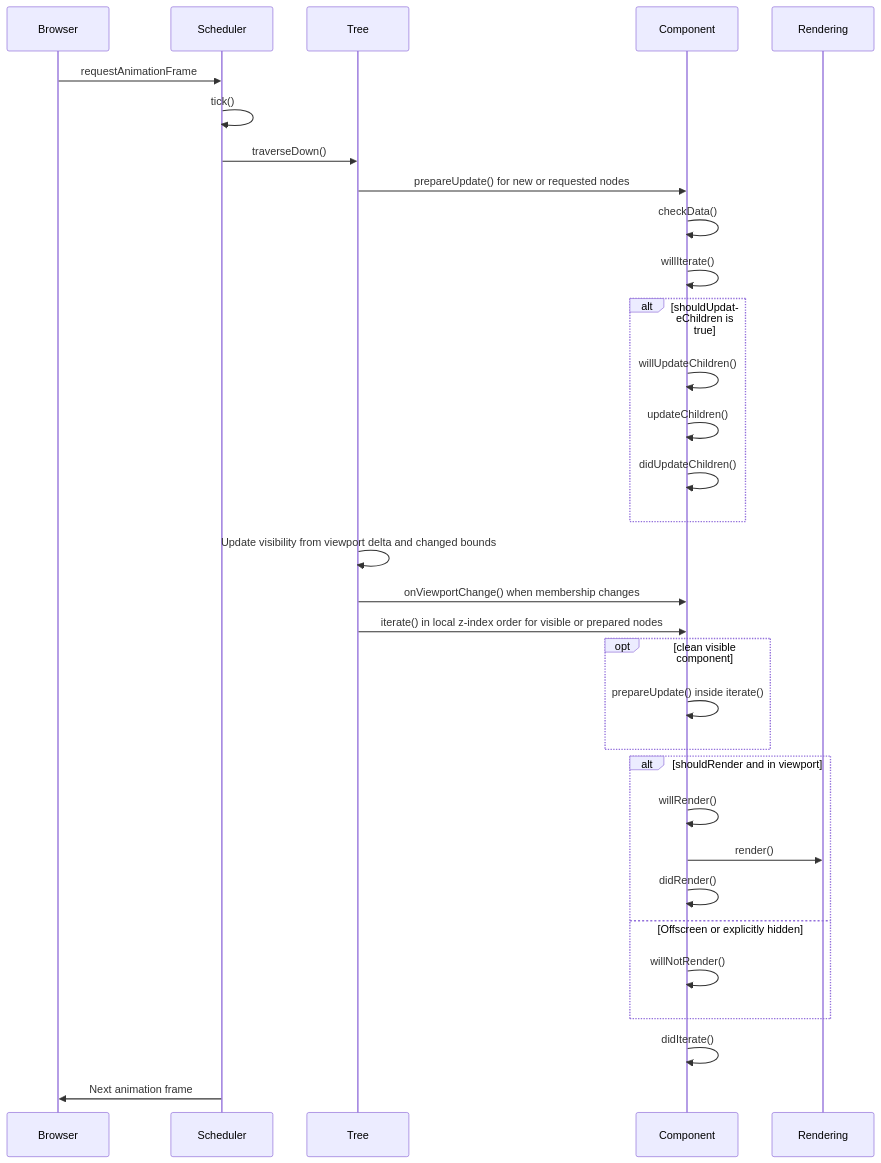
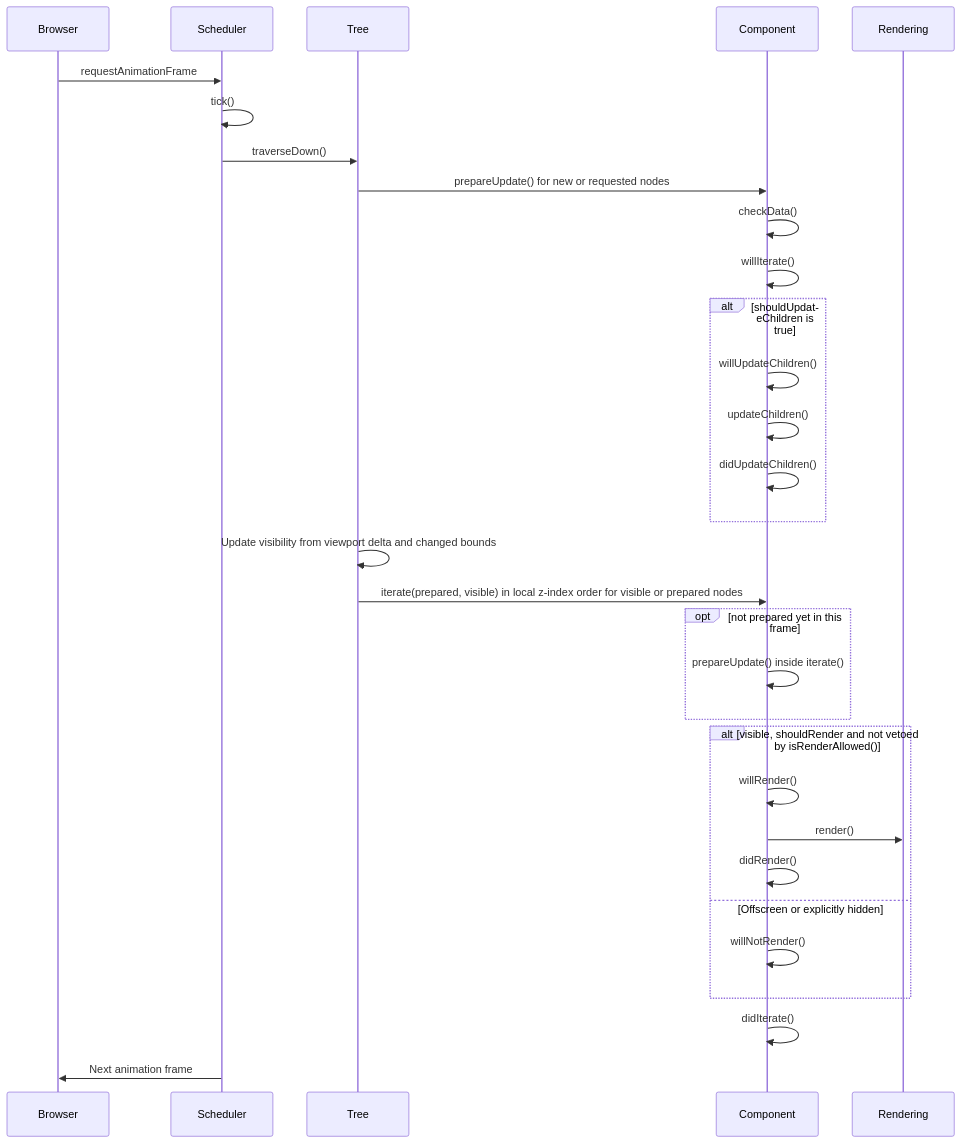
The second of 2 diagrams in packages/graph/docs/system/component-rendering-lifecycle.md (gravity-ui/graph), drawn with Mermaid before and after one commit. The commit also changed other lines of this file and 32 other files, not shown here.

````diff
--- a/packages/graph/docs/system/component-rendering-lifecycle.md
+++ b/packages/graph/docs/system/component-rendering-lifecycle.md
@@ -25,38 +25,37 @@
 ```mermaid
 sequenceDiagram
     participant Browser
     participant Scheduler
     participant Tree
     participant Component
     participant Rendering
     
     Browser->>Scheduler: requestAnimationFrame
     Scheduler->>Scheduler: tick()
     Scheduler->>Tree: traverseDown()
     Tree->>Component: prepareUpdate() for new or requested nodes
     Component->>Component: checkData()
     Component->>Component: willIterate()
     
     alt shouldUpdateChildren is true
         Component->>Component: willUpdateChildren()
         Component->>Component: updateChildren()
         Component->>Component: didUpdateChildren()
     end
 
     Tree->>Tree: Update visibility from viewport delta and changed bounds
-    Tree->>Component: onViewportChange() when membership changes
-    Tree->>Component: iterate() in local z-index order for visible or prepared nodes
-    opt clean visible component
+    Tree->>Component: iterate(prepared, visible) in local z-index order for visible or prepared nodes
+    opt not prepared yet in this frame
         Component->>Component: prepareUpdate() inside iterate()
     end
-    alt shouldRender and in viewport
+    alt visible, shouldRender and not vetoed by isRenderAllowed()
         Component->>Component: willRender()
         Component->>Rendering: render()
         Component->>Component: didRender()
     else Offscreen or explicitly hidden
         Component->>Component: willNotRender()
     end
     
     Component->>Component: didIterate()
     Scheduler->>Browser: Next animation frame
 ```
````
